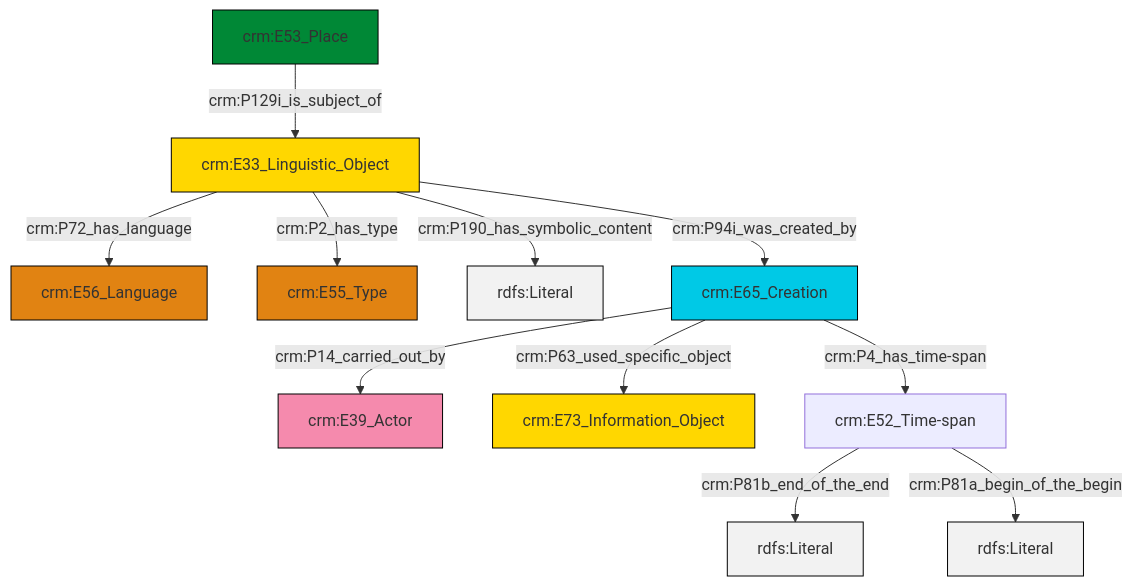
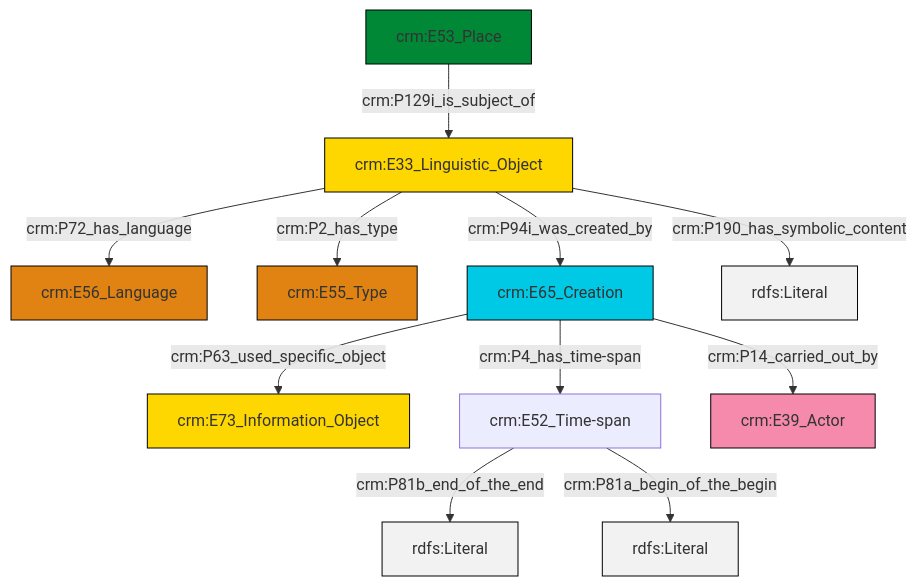
One commit to swiss-art-research-net/docs.swissartresearch changed the diagram in et/placeCSV/ttl/mmd/place_description.ttl.mmd. Above: the diagram before and after it, drawn with Mermaid. The commit also changed 175 other files, not shown here.

```diff
--- a/et/placeCSV/ttl/mmd/place_description.ttl.mmd
+++ b/et/placeCSV/ttl/mmd/place_description.ttl.mmd
@@ -1,25 +1,25 @@
 graph TD
 classDef Literal fill:#f2f2f2,stroke:#000000;
 classDef CRM_Entity fill:#FFFFFF,stroke:#000000;
 classDef Temporal_Entity fill:#00C9E6, stroke:#000000;
 classDef Type fill:#E18312, stroke:#000000;
 classDef Time-Span fill:#2C9C91, stroke:#000000;
 classDef Appellation fill:#FFEB7F, stroke:#000000;
 classDef Place fill:#008836, stroke:#000000;
 classDef Persistent_Item fill:#B266B2, stroke:#000000;
 classDef Conceptual_Object fill:#FFD700, stroke:#000000;
 classDef Physical_Thing fill:#D2B48C, stroke:#000000;
 classDef Actor fill:#f58aad, stroke:#000000;
 classDef PC_Classes fill:#4ce600, stroke:#000000;
 classDef Multi fill:#cccccc,stroke:#000000;
 
-2["crm:E53_Place"]:::Place -->|crm:P129i_is_subject_of| 4["crm:E33_Linguistic_Object"]:::Conceptual_Object
-4["crm:E33_Linguistic_Object"]:::Conceptual_Object -->|crm:P72_has_language| 7["crm:E56_Language"]:::Type
-4["crm:E33_Linguistic_Object"]:::Conceptual_Object -->|crm:P2_has_type| 11["crm:E55_Type"]:::Type
-4["crm:E33_Linguistic_Object"]:::Conceptual_Object -->|crm:P190_has_symbolic_content| 12[rdfs:Literal]:::Literal
-13["crm:E65_Creation"]:::Temporal_Entity -->|crm:P14_carried_out_by| 0["crm:E39_Actor"]:::Actor
-4["crm:E33_Linguistic_Object"]:::Conceptual_Object -->|crm:P94i_was_created_by| 13["crm:E65_Creation"]:::Temporal_Entity
-9["crm:E52_Time-span"]:::Default -->|crm:P81b_end_of_the_end| 14[rdfs:Literal]:::Literal
-9["crm:E52_Time-span"]:::Default -->|crm:P81a_begin_of_the_begin| 17[rdfs:Literal]:::Literal
-13["crm:E65_Creation"]:::Temporal_Entity -->|crm:P4_has_time-span| 9["crm:E52_Time-span"]:::Default
-13["crm:E65_Creation"]:::Temporal_Entity -->|crm:P63_used_specific_object| 5["crm:E73_Information_Object"]:::Conceptual_Object
+2["crm:E53_Place"]:::Place -->|crm:P129i_is_subject_of| 3["crm:E33_Linguistic_Object"]:::Conceptual_Object
+3["crm:E33_Linguistic_Object"]:::Conceptual_Object -->|crm:P72_has_language| 4["crm:E56_Language"]:::Type
+3["crm:E33_Linguistic_Object"]:::Conceptual_Object -->|crm:P2_has_type| 5["crm:E55_Type"]:::Type
+3["crm:E33_Linguistic_Object"]:::Conceptual_Object -->|crm:P94i_was_created_by| 7["crm:E65_Creation"]:::Temporal_Entity
+8["crm:E52_Time-span"]:::Default -->|crm:P81b_end_of_the_end| 11[rdfs:Literal]:::Literal
+7["crm:E65_Creation"]:::Temporal_Entity -->|crm:P63_used_specific_object| 0["crm:E73_Information_Object"]:::Conceptual_Object
+3["crm:E33_Linguistic_Object"]:::Conceptual_Object -->|crm:P190_has_symbolic_content| 13[rdfs:Literal]:::Literal
+7["crm:E65_Creation"]:::Temporal_Entity -->|crm:P4_has_time-span| 8["crm:E52_Time-span"]:::Default
+7["crm:E65_Creation"]:::Temporal_Entity -->|crm:P14_carried_out_by| 15["crm:E39_Actor"]:::Actor
+8["crm:E52_Time-span"]:::Default -->|crm:P81a_begin_of_the_begin| 18[rdfs:Literal]:::Literal
```
